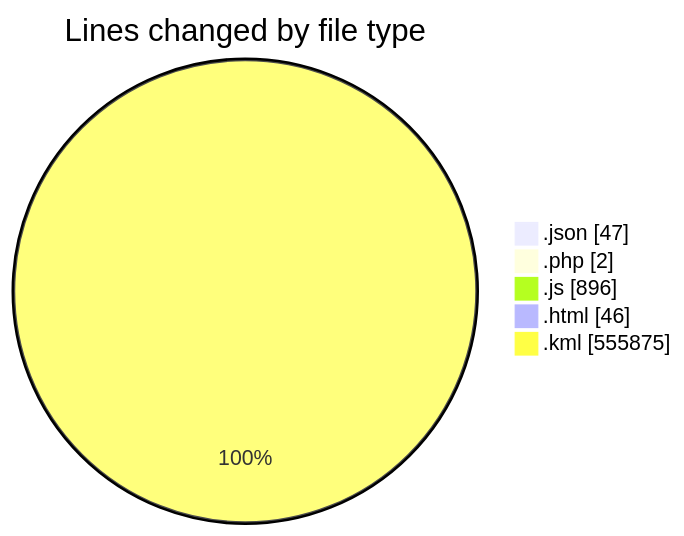
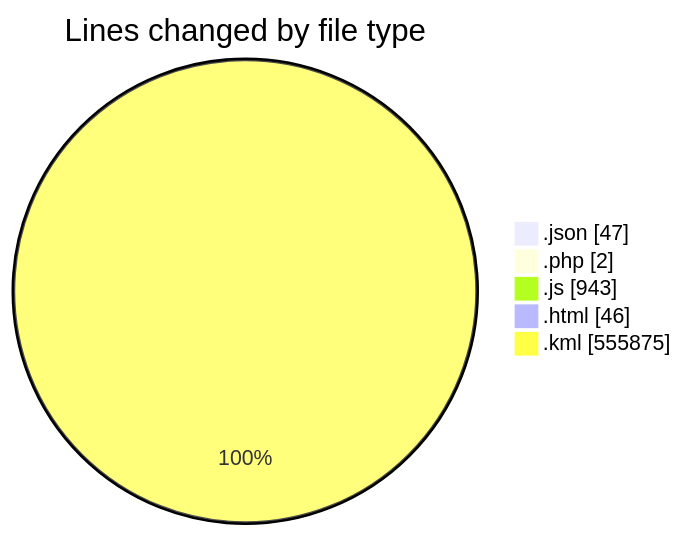
The first of 2 diagrams in 2025-03-27/kml/README.md (LanceThiago/code-tracking), drawn with Mermaid before and after one commit. The commit also changed other lines of this file and 1 other file, not shown here.

````diff
--- a/2025-03-27/kml/README.md
+++ b/2025-03-27/kml/README.md
@@ -28,9 +28,9 @@
 ```mermaid
 pie showData
 title Lines changed by file type
 ".json" : 47
 ".php" : 2
-".js" : 896
+".js" : 943
 ".html" : 46
 ".kml" : 555875
 ```
````
